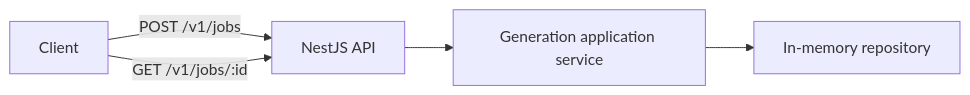
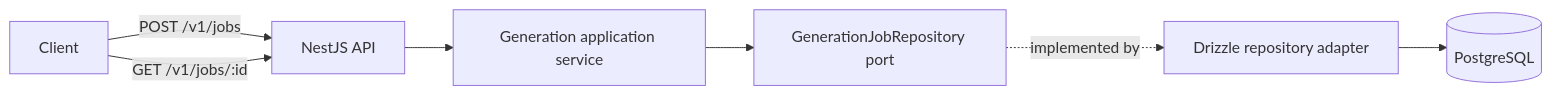
One commit to hyojii00/afds-generation-platform changed the diagram in docs/architecture/system.md. Above: the diagram before and after it, drawn with Mermaid. The commit also changed other lines of this file and 32 other files, not shown here.

First line of the commit message:
feat: persist generation jobs in PostgreSQL (#3)

````diff
--- a/docs/architecture/system.md
+++ b/docs/architecture/system.md
@@ -5,7 +5,9 @@
 ```mermaid
 flowchart LR
   Client -->|POST /v1/jobs| API[NestJS API]
   Client -->|GET /v1/jobs/:id| API
   API --> Application[Generation application service]
-  Application --> Repository[In-memory repository]
+  Application --> Repository[GenerationJobRepository port]
+  Repository -. implemented by .-> Adapter[Drizzle repository adapter]
+  Adapter --> PostgreSQL[(PostgreSQL)]
 ```
````
